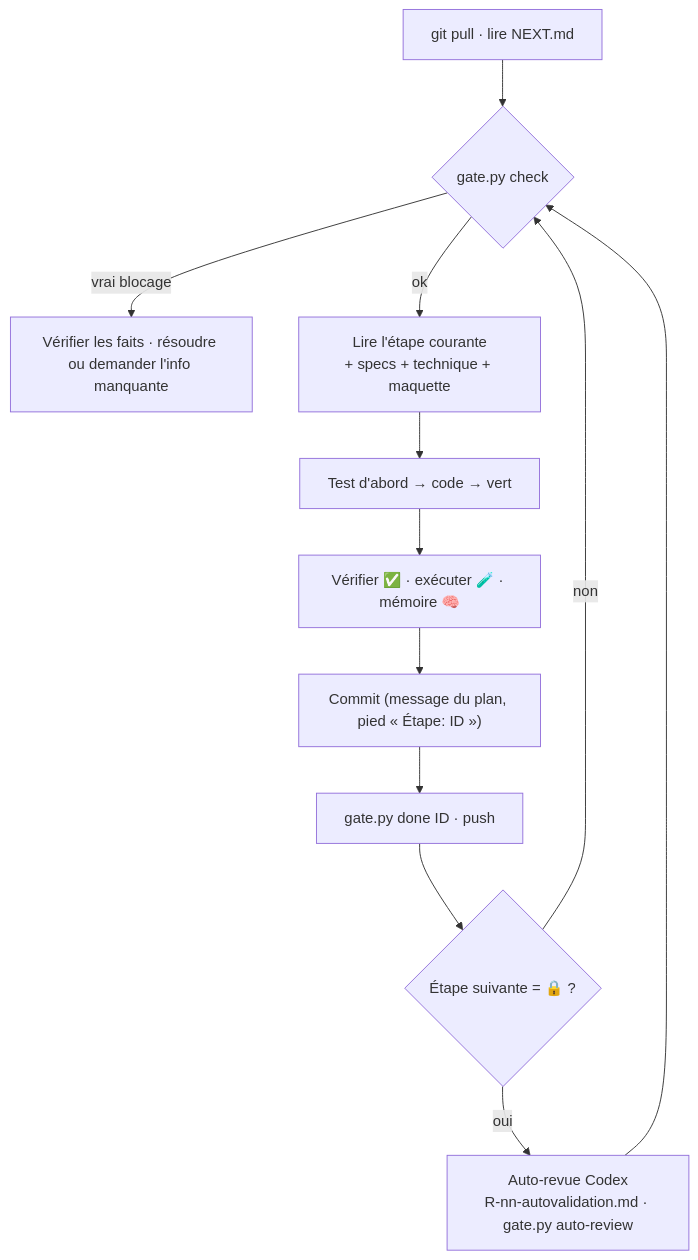
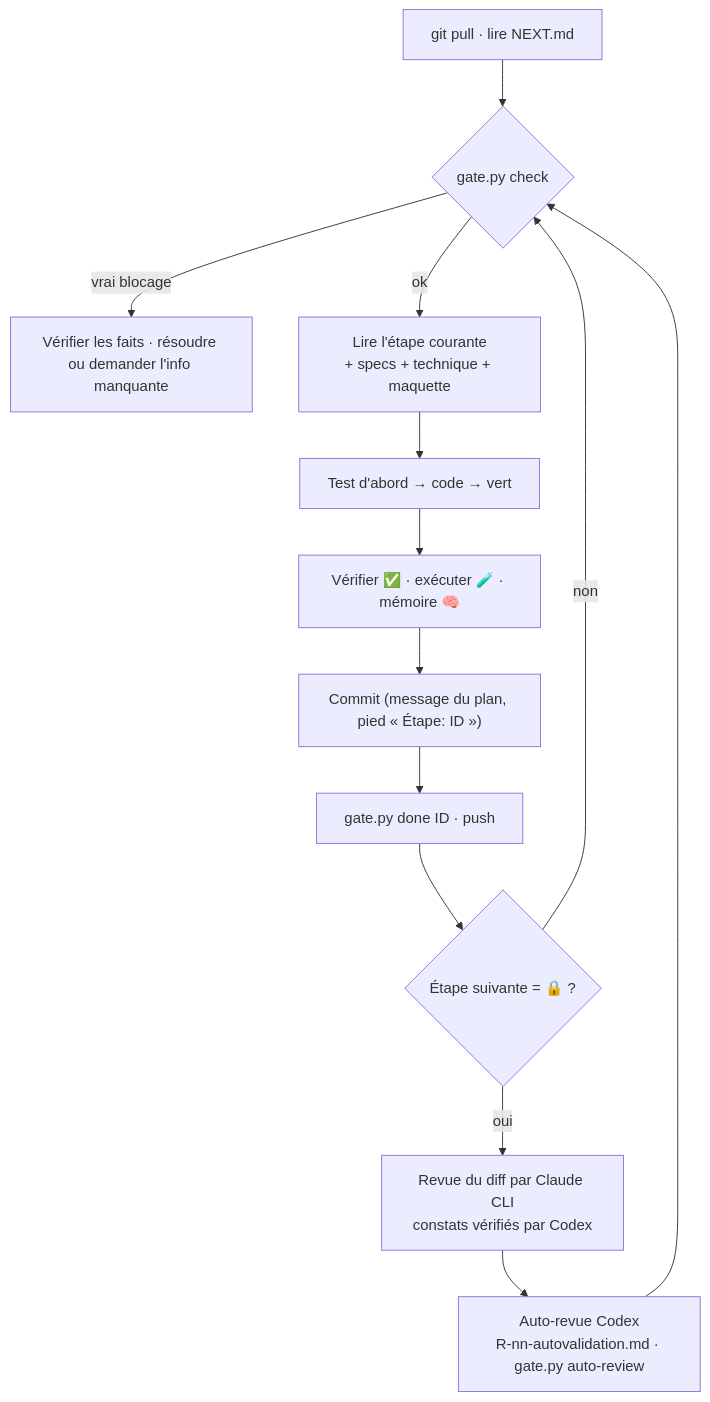
One commit to FlorianDrevet/InfraFlowSculptor changed the diagram in docs/plan/README.md. Above: the diagram before and after it, drawn with Mermaid. The commit also changed other lines of this file and 7 other files, not shown here.

First line of the commit message:
docs(plan): rétablir les revues Claude CLI aux verrous

````diff
--- a/docs/plan/README.md
+++ b/docs/plan/README.md
@@ -69,14 +69,15 @@
 ```mermaid
 flowchart TD
   A["git pull · lire NEXT.md"] --> B{"gate.py check"}
   B -- "vrai blocage" --> Z["Vérifier les faits · résoudre ou demander l'info manquante"]
   B -- ok --> C["Lire l'étape courante<br/>+ specs + technique + maquette"]
   C --> D["Test d'abord → code → vert"]
   D --> E["Vérifier ✅ · exécuter 🧪 · mémoire 🧠"]
   E --> F["Commit (message du plan, pied « Étape: ID »)"]
   F --> G["gate.py done ID · push"]
   G --> H{"Étape suivante = 🔒 ?"}
   H -- non --> B
-  H -- oui --> I["Auto-revue Codex<br/>R-nn-autovalidation.md · gate.py auto-review"]
-  I --> B
+  H -- oui --> I["Revue du diff par Claude CLI<br/>constats vérifiés par Codex"]
+  I --> J["Auto-revue Codex<br/>R-nn-autovalidation.md · gate.py auto-review"]
+  J --> B
 ```
````
